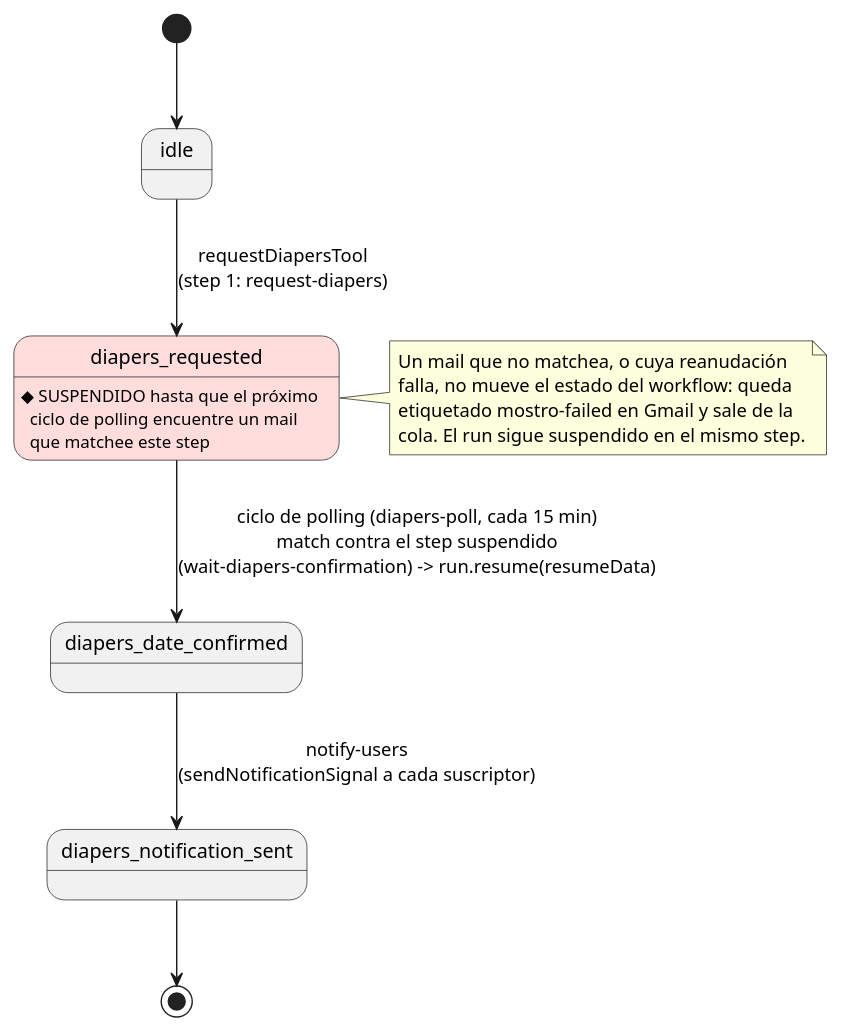
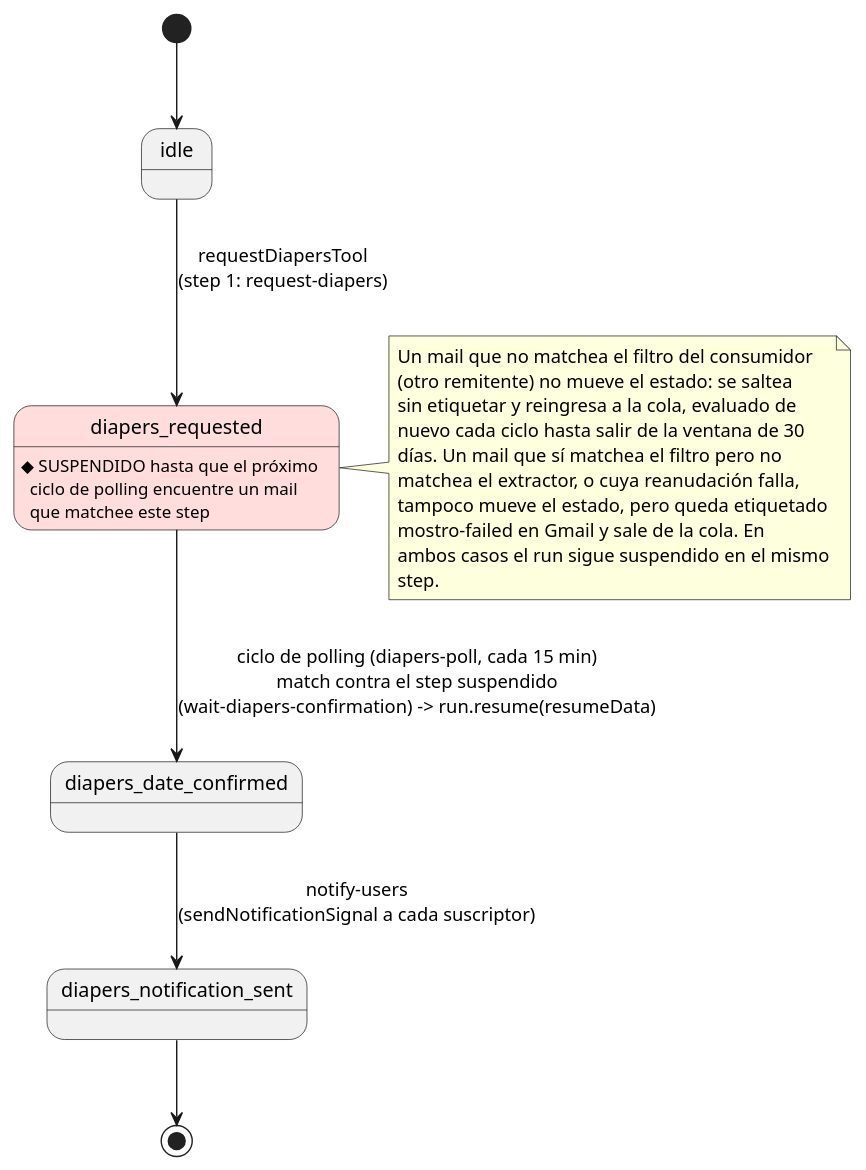
The second of 2 diagrams in diapers-flow.md (alex-bluetrain/mostro), drawn with PlantUML before and after one commit. The commit also changed other lines of this file and 7 other files, not shown here.

Commit message:
docs: align inbox flow docs and comments with the layered poller

````diff
--- a/diapers-flow.md
+++ b/diapers-flow.md
@@ -114,24 +128,30 @@
 ```plantuml
 @startuml diapers-state
 [*] --> idle
 
 idle --> diapers_requested : requestDiapersTool\n(step 1: request-diapers)
 
 diapers_requested --> diapers_date_confirmed : ciclo de polling (diapers-poll, cada 15 min)\nmatch contra el step suspendido\n(wait-diapers-confirmation) -> run.resume(resumeData)
 
 state diapers_requested #FFDDDD {
   diapers_requested : ◆ SUSPENDIDO hasta que el próximo\n  ciclo de polling encuentre un mail\n  que matchee este step
 }
 
 diapers_date_confirmed --> diapers_notification_sent : notify-users\n(sendNotificationSignal a cada suscriptor)
 
 diapers_notification_sent --> [*]
 
 note right of diapers_requested
-  Un mail que no matchea, o cuya reanudación
-  falla, no mueve el estado del workflow: queda
-  etiquetado mostro-failed en Gmail y sale de la
-  cola. El run sigue suspendido en el mismo step.
+  Un mail que no matchea el filtro del consumidor
+  (otro remitente) no mueve el estado: se saltea
+  sin etiquetar y reingresa a la cola, evaluado de
+  nuevo cada ciclo hasta salir de la ventana de 30
+  días. Un mail que sí matchea el filtro pero no
+  matchea el extractor, o cuya reanudación falla,
+  tampoco mueve el estado, pero queda etiquetado
+  mostro-failed en Gmail y sale de la cola. En
+  ambos casos el run sigue suspendido en el mismo
+  step.
 end note
 @enduml
 ```
````
